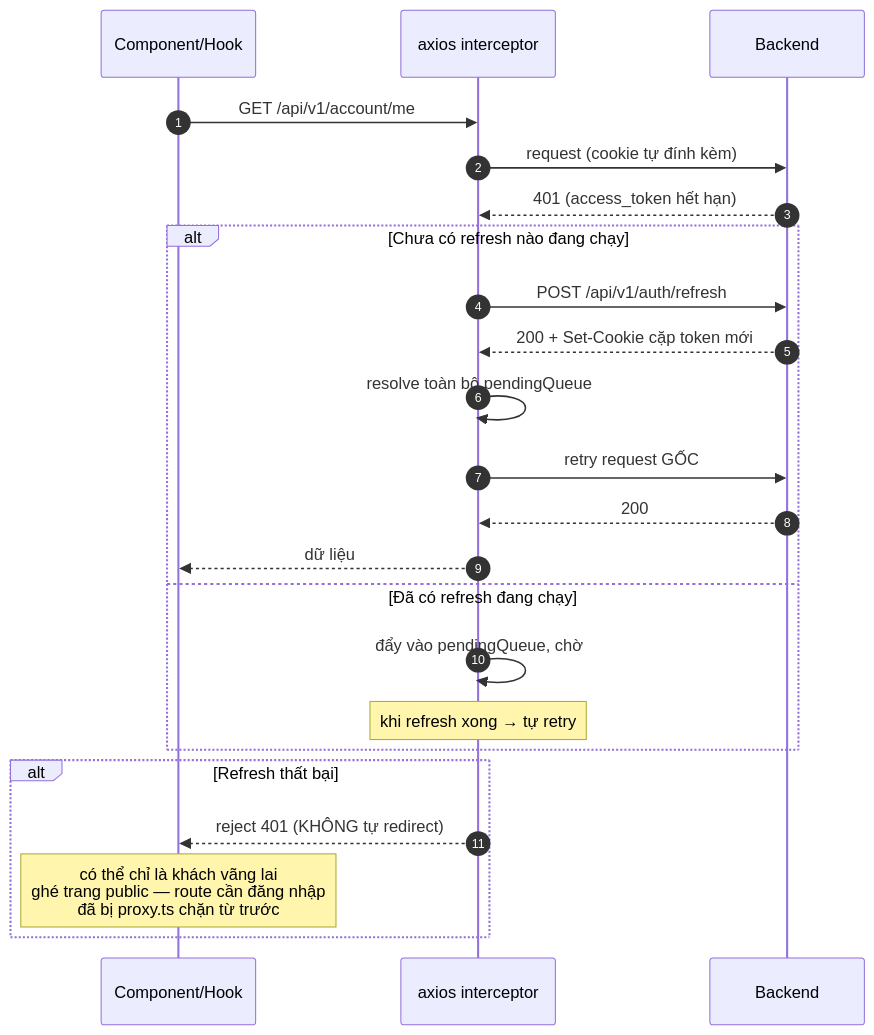
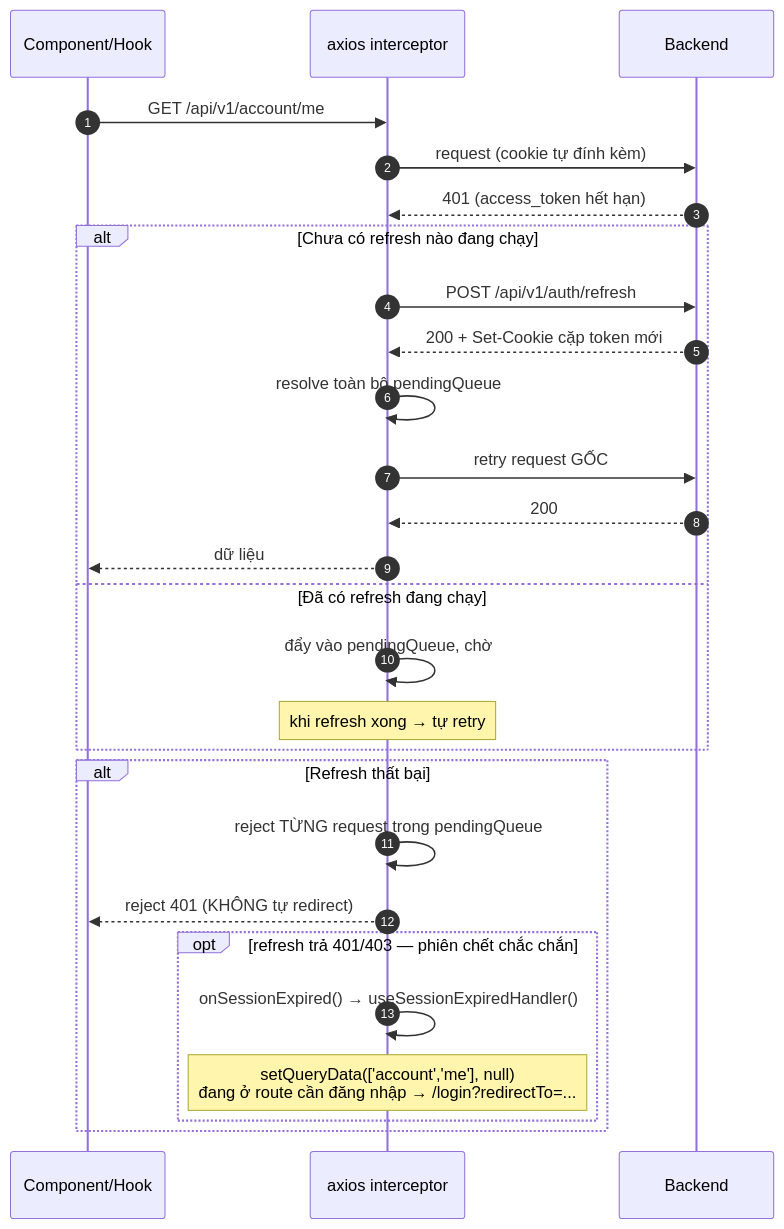
One commit to Hungvu0712/FLOWER changed the third of 3 diagrams in docs/04-frontend.md. Above: the diagram before and after it, drawn with Mermaid. The commit also changed other lines of this file and 40 other files, not shown here.

````diff
--- a/docs/04-frontend.md
+++ b/docs/04-frontend.md
@@ -153,28 +153,32 @@
 ```mermaid
 sequenceDiagram
     autonumber
     participant C as Component/Hook
     participant AX as axios interceptor
     participant API as Backend
 
     C->>AX: GET /api/v1/account/me
     AX->>API: request (cookie tự đính kèm)
     API-->>AX: 401 (access_token hết hạn)
 
     alt Chưa có refresh nào đang chạy
         AX->>API: POST /api/v1/auth/refresh
         API-->>AX: 200 + Set-Cookie cặp token mới
         AX->>AX: resolve toàn bộ pendingQueue
         AX->>API: retry request GỐC
         API-->>AX: 200
         AX-->>C: dữ liệu
     else Đã có refresh đang chạy
         AX->>AX: đẩy vào pendingQueue, chờ
         Note over AX: khi refresh xong → tự retry
     end
 
     alt Refresh thất bại
+        AX->>AX: reject TỪNG request trong pendingQueue
         AX-->>C: reject 401 (KHÔNG tự redirect)
-        Note over C: có thể chỉ là khách vãng lai<br/>ghé trang public — route cần đăng nhập<br/>đã bị proxy.ts chặn từ trước
+        opt refresh trả 401/403 — phiên chết chắc chắn
+            AX->>AX: onSessionExpired() → useSessionExpiredHandler()
+            Note over AX: setQueryData(['account','me'], null)<br/>đang ở route cần đăng nhập → /login?redirectTo=...
+        end
     end
 ```
````
